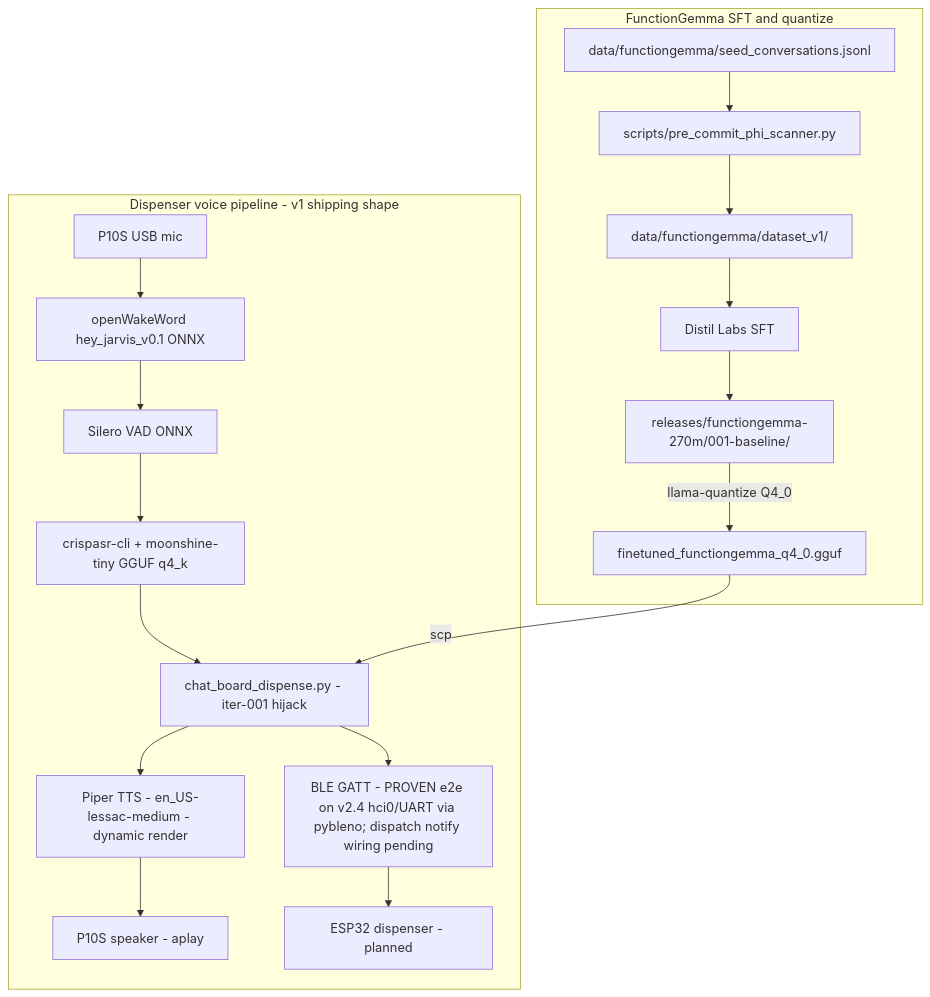
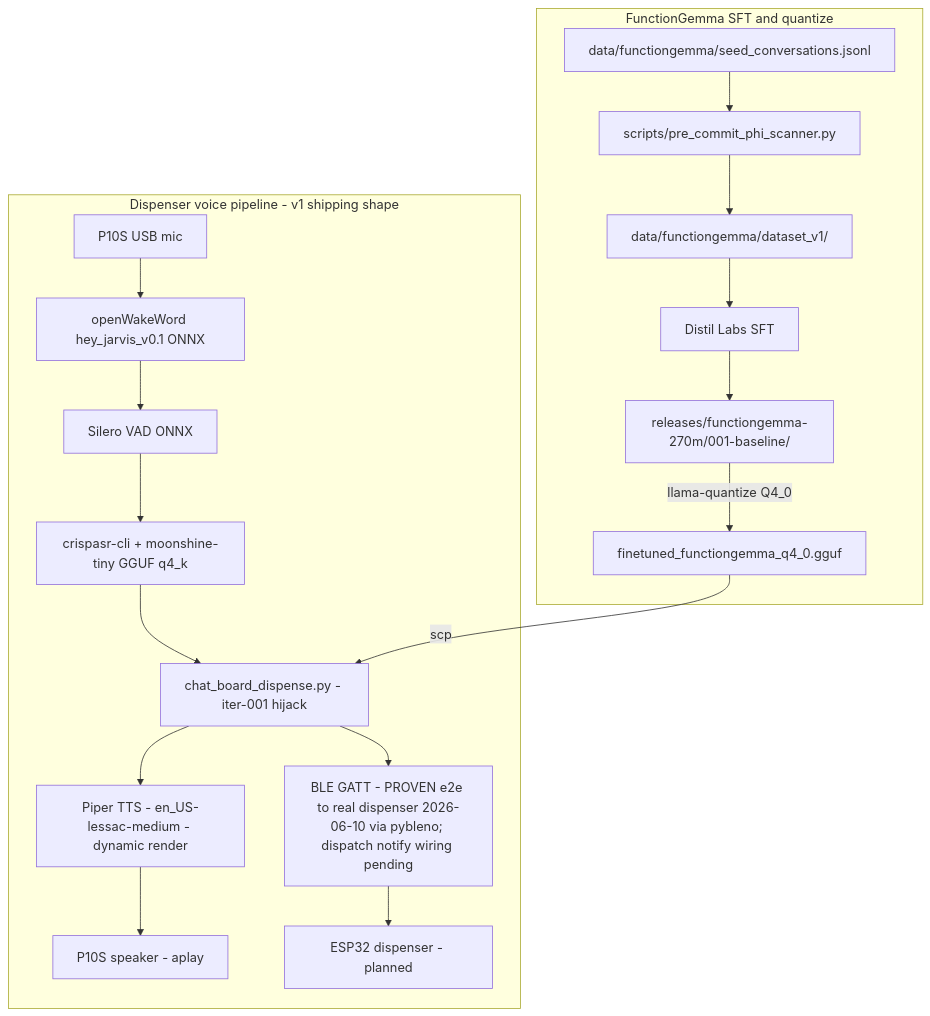
One commit to lanhp-vn/SL2619-EdgeAI-FunctionGemma-270M-int4-health-tools changed the first of 2 diagrams in CLAUDE.md. Above: the diagram before and after it, drawn with Mermaid. The commit also changed other lines of this file and 2 other files, not shown here.

Commit message:
Enhance dispenser demo documentation and integration tasks for BLE notify

````diff
--- a/CLAUDE.md
+++ b/CLAUDE.md
@@ -24,28 +24,28 @@
 ```mermaid
 flowchart TB
     subgraph FG[FunctionGemma SFT and quantize]
         SEEDS[data/functiongemma/seed_conversations.jsonl]
         PHI[scripts/pre_commit_phi_scanner.py]
         SPLITS[data/functiongemma/dataset_v1/]
         DISTIL[Distil Labs SFT]
         REL[releases/functiongemma-270m/001-baseline/]
         GGUF[finetuned_functiongemma_q4_0.gguf]
         SEEDS --> PHI --> SPLITS --> DISTIL --> REL
         REL -- llama-quantize Q4_0 --> GGUF
     end
     subgraph DD[Dispenser voice pipeline - v1 shipping shape]
         MIC[P10S USB mic]
         WAKE[openWakeWord hey_jarvis_v0.1 ONNX]
         VAD[Silero VAD ONNX]
         STT[crispasr-cli + moonshine-tiny GGUF q4_k]
         BRAIN[chat_board_dispense.py - iter-001 hijack]
         TTS[Piper TTS - en_US-lessac-medium - dynamic render]
         SPK[P10S speaker - aplay]
-        BLE[BLE GATT - PROVEN e2e on v2.4 hci0/UART via pybleno; dispatch notify wiring pending]
+        BLE[BLE GATT - PROVEN e2e to real dispenser 2026-06-10 via pybleno; dispatch notify wiring pending]
         ESP[ESP32 dispenser - planned]
         MIC --> WAKE --> VAD --> STT --> BRAIN
         BRAIN --> TTS --> SPK
         BRAIN --> BLE --> ESP
     end
     GGUF -- scp --> BRAIN
 ```
````
